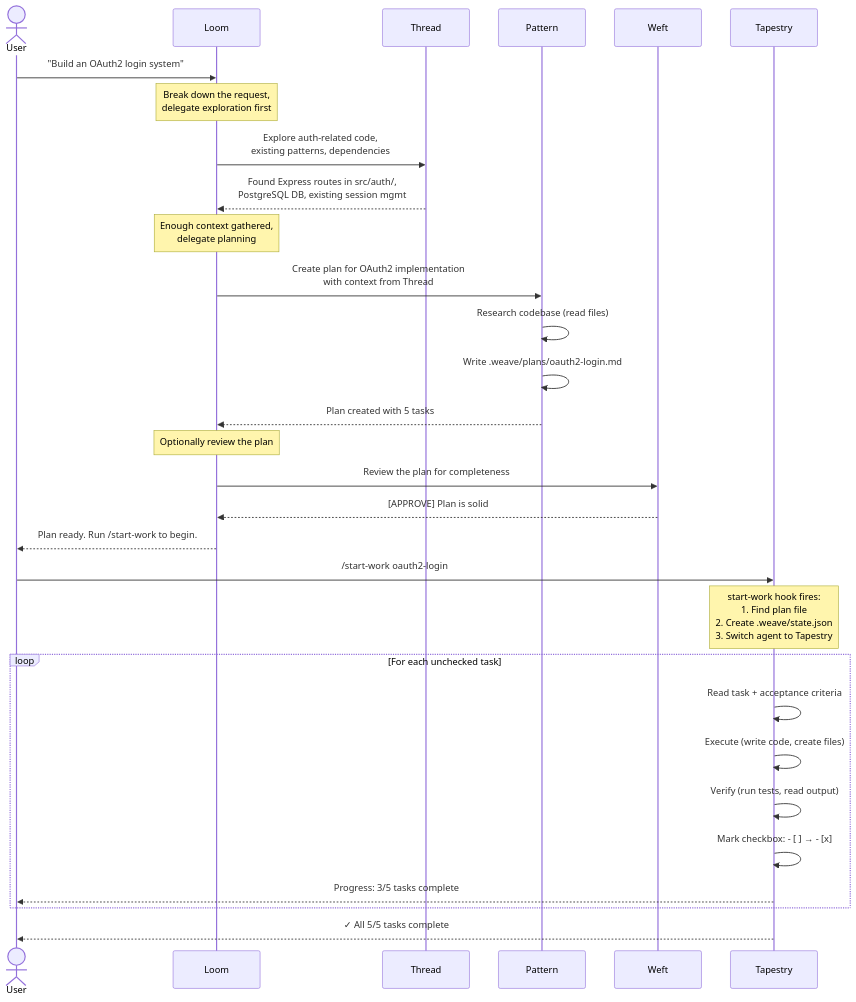
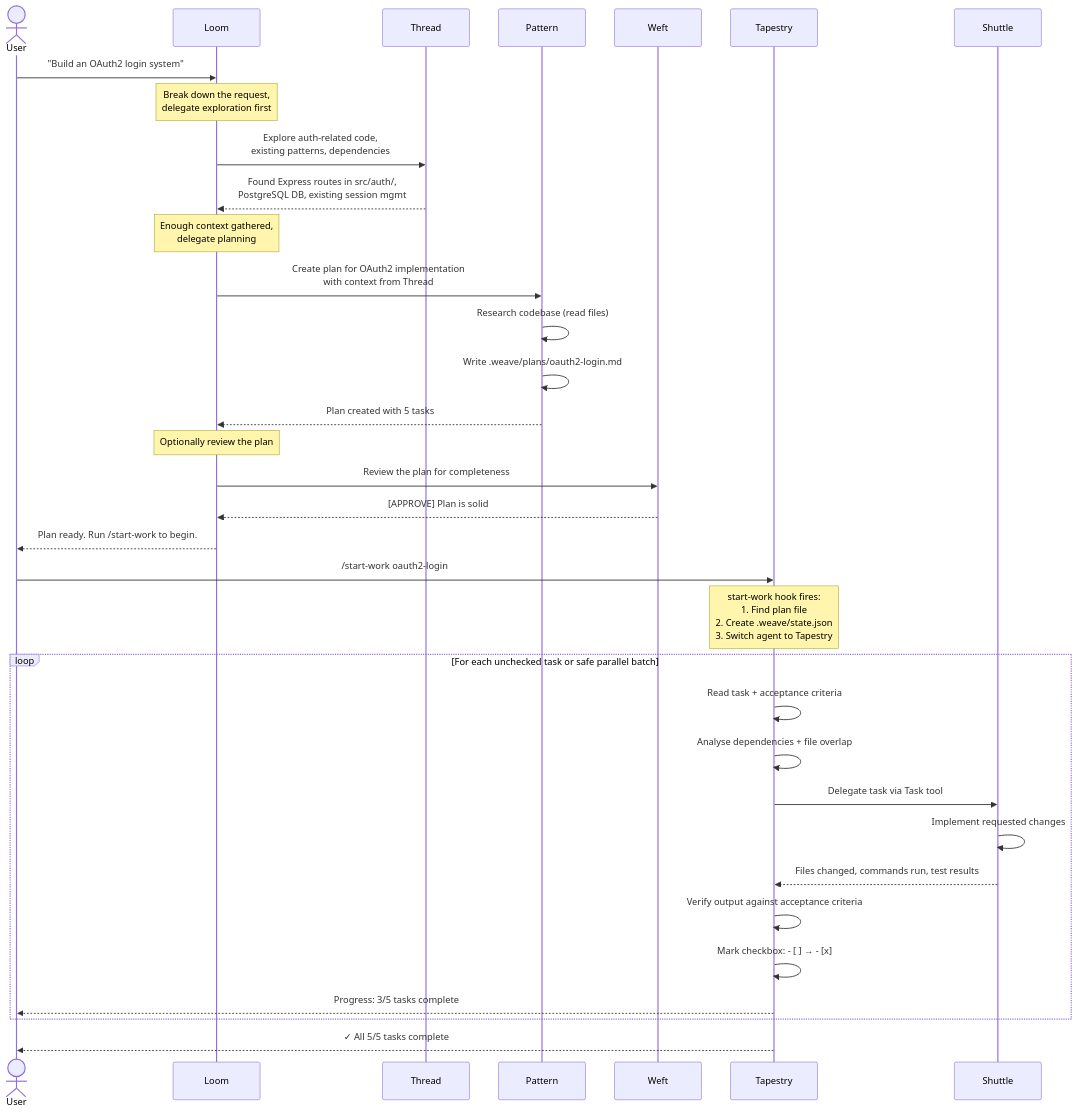
The second of 10 diagrams in docs/agent-interactions.md (pgermishuys/opencode-weave), drawn with Mermaid before and after one commit. The commit also changed other lines of this file and 12 other files, not shown here.

````diff
--- a/docs/agent-interactions.md
+++ b/docs/agent-interactions.md
@@ -62,44 +62,48 @@
 ```mermaid
 sequenceDiagram
     actor User
     participant Loom
     participant Thread
     participant Pattern
     participant Weft
     participant Tapestry
+    participant Shuttle
 
     User->>Loom: "Build an OAuth2 login system"
 
     Note over Loom: Break down the request,<br/>delegate exploration first
 
     Loom->>Thread: Explore auth-related code,<br/>existing patterns, dependencies
     Thread-->>Loom: Found Express routes in src/auth/,<br/>PostgreSQL DB, existing session mgmt
 
     Note over Loom: Enough context gathered,<br/>delegate planning
 
     Loom->>Pattern: Create plan for OAuth2 implementation<br/>with context from Thread
     Pattern->>Pattern: Research codebase (read files)
     Pattern->>Pattern: Write .weave/plans/oauth2-login.md
     Pattern-->>Loom: Plan created with 5 tasks
 
     Note over Loom: Optionally review the plan
 
     Loom->>Weft: Review the plan for completeness
     Weft-->>Loom: [APPROVE] Plan is solid
 
     Loom-->>User: Plan ready. Run /start-work to begin.
 
     User->>Tapestry: /start-work oauth2-login
 
     Note over Tapestry: start-work hook fires:<br/>1. Find plan file<br/>2. Create .weave/state.json<br/>3. Switch agent to Tapestry
 
-    loop For each unchecked task
+    loop For each unchecked task or safe parallel batch
         Tapestry->>Tapestry: Read task + acceptance criteria
-        Tapestry->>Tapestry: Execute (write code, create files)
-        Tapestry->>Tapestry: Verify (run tests, read output)
+        Tapestry->>Tapestry: Analyse dependencies + file overlap
+        Tapestry->>Shuttle: Delegate task via Task tool
+        Shuttle->>Shuttle: Implement requested changes
+        Shuttle-->>Tapestry: Files changed, commands run, test results
+        Tapestry->>Tapestry: Verify output against acceptance criteria
         Tapestry->>Tapestry: Mark checkbox: - [ ] → - [x]
         Tapestry-->>User: Progress: 3/5 tasks complete
     end
 
     Tapestry-->>User: ✓ All 5/5 tasks complete
 ```
````
